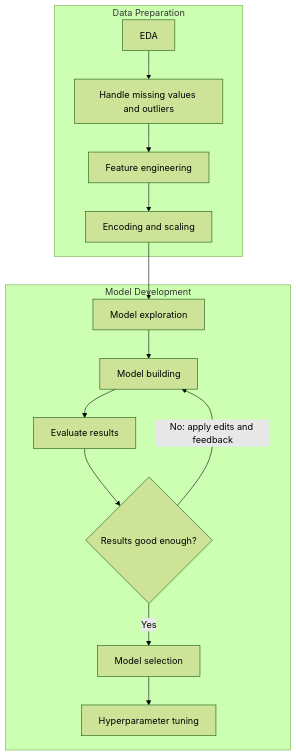
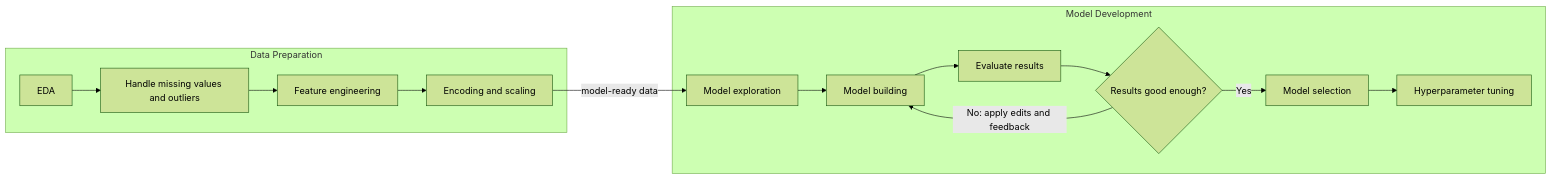
The diagram in docs/architectural_diagram.md (Break-Through-Tech/American-Express-1C-second-look-lending), drawn with Mermaid (forest theme) before and after one commit.

Commit message:
Update architectural diagram flow direction

````diff
--- a/docs/architectural_diagram.md
+++ b/docs/architectural_diagram.md
@@ -3,19 +3,19 @@
 ```mermaid
-flowchart TD
+flowchart LR
     subgraph PREP["Data Preparation"]
         A["EDA"] --> B["Handle missing values and outliers"]
         B --> C["Feature engineering"]
         C --> D["Encoding and scaling"]
     end
 
     subgraph MODEL["Model Development"]
         E["Model exploration"] --> F["Model building"]
         F --> R["Evaluate results"]
         R --> Q{"Results good enough?"}
         Q -->|"No: apply edits and feedback"| F
         Q -->|"Yes"| G["Model selection"]
         G --> H["Hyperparameter tuning"]
     end
 
-    D --> E
+    D -->|"model-ready data"| E
 ```
````
